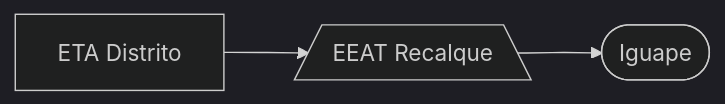
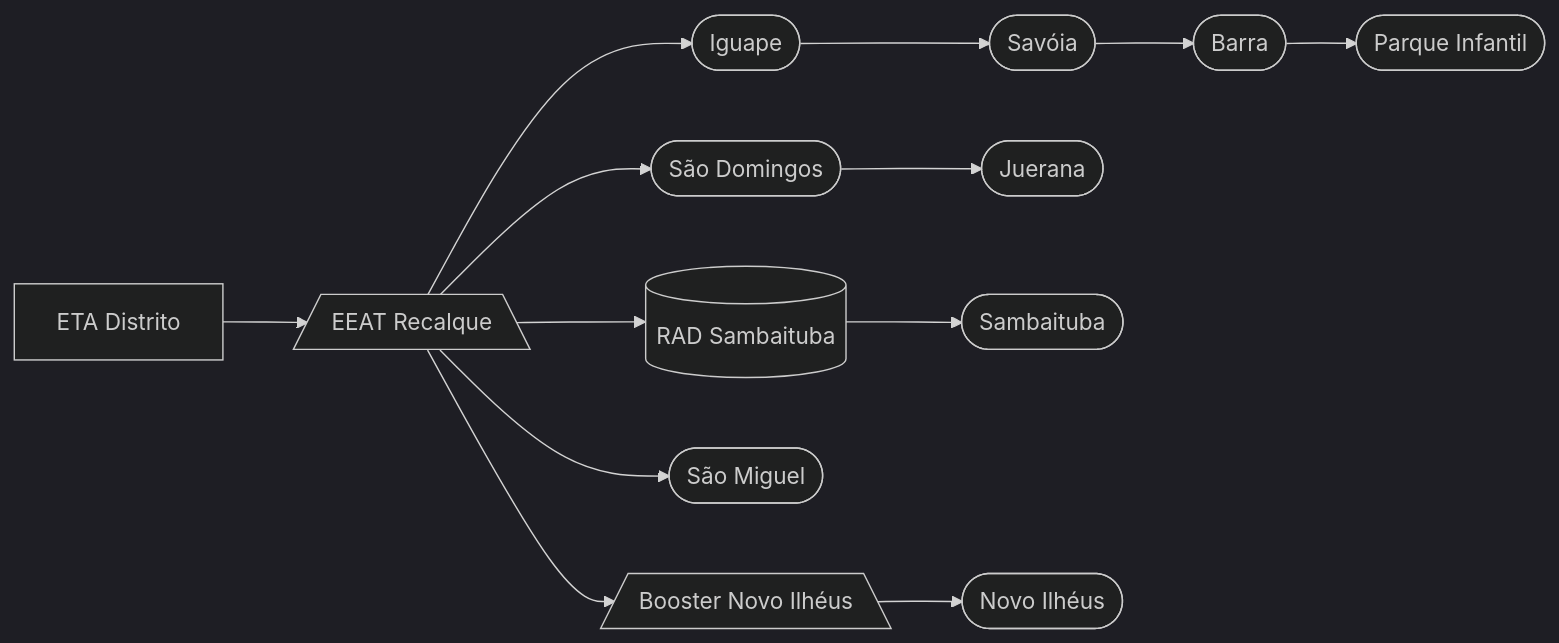
One commit to iagovls/CCO-Documentation changed the diagram in ETA Distrito/EEAT Recalque.md. Above: the diagram before and after it, drawn with Mermaid (dark theme). The commit also changed other lines of this file, not shown here.

Commit message:
Update EEAT Recalque.md

````diff
--- a/ETA Distrito/EEAT Recalque.md
+++ b/ETA Distrito/EEAT Recalque.md
@@ -22,12 +51,40 @@
 ```mermaid
 flowchart LR
         
     ETA["ETA Distrito"] 
-    EEATRecalque[/"EEAT Recalque"\] 
+    EEATRecalque[/"EEAT Recalque"\]
+    BoosterNovoIlheus[/"Booster Novo Ilhéus"\]
+    RADSambaituba[(RAD Sambaituba)]
     Iguape(["Iguape"]) 
+    Savoia(["Savóia"]) 
+    Barra(["Barra"]) 
+    ParqueInfantil(["Parque Infantil"]) 
+    SaoMiguel(["São Miguel"]) 
+    SaoDomingos(["São Domingos"]) 
+    Juerana(["Juerana"]) 
+    Sambaituba(["Sambaituba"]) 
+    NovoIlheus(["Novo Ilhéus"]) 
 
     %% Ligações
     ETA --> EEATRecalque
     EEATRecalque --> Iguape
+    Iguape --> Savoia
+    Savoia --> Barra
+    Barra --> ParqueInfantil
+
+    EEATRecalque --> RADSambaituba
+    RADSambaituba --> Sambaituba
+
+    EEATRecalque --> SaoMiguel
+    EEATRecalque --> SaoDomingos
+
+    EEATRecalque --> BoosterNovoIlheus
+    BoosterNovoIlheus --> NovoIlheus
+
+    SaoDomingos --> Juerana
+
+    
+
+    
         
 ```
````
